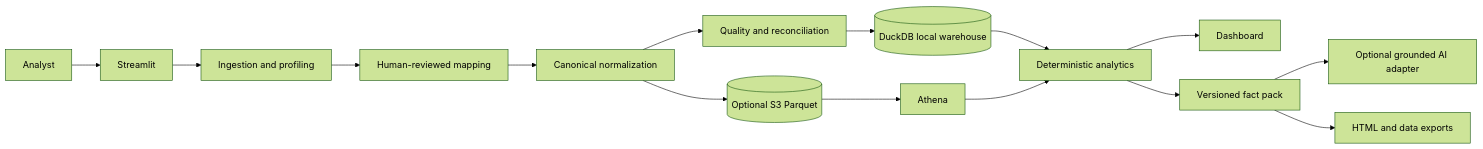
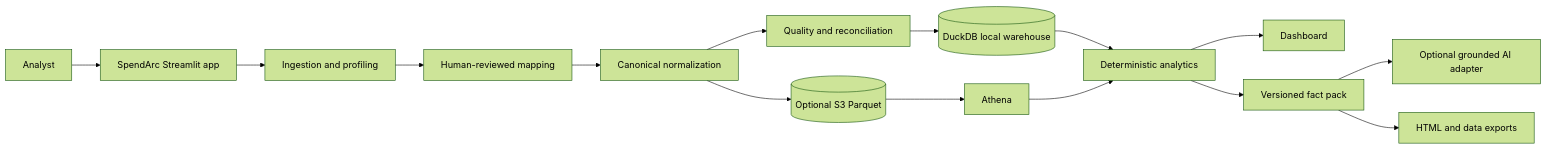
One commit to ndomathoti16-create/Metrora changed the diagram in README.md. Above: the diagram before and after it, drawn with Mermaid (forest theme). The commit also changed other lines of this file and 21 other files, not shown here.

First line of the commit message:
Rebrand platform as SpendArc and refresh the Streamlit dashboard

````diff
--- a/README.md
+++ b/README.md
@@ -34,17 +40,17 @@
 ```mermaid
 flowchart LR
-    U[Analyst] --> UI[Streamlit]
+    U[Analyst] --> UI[SpendArc Streamlit app]
     UI --> ING[Ingestion and profiling]
     ING --> MAP[Human-reviewed mapping]
     MAP --> NORM[Canonical normalization]
     NORM --> QA[Quality and reconciliation]
     QA --> DB[(DuckDB local warehouse)]
     DB --> MET[Deterministic analytics]
     MET --> VIZ[Dashboard]
     MET --> FP[Versioned fact pack]
     FP --> AI[Optional grounded AI adapter]
     FP --> EXP[HTML and data exports]
     NORM --> S3[(Optional S3 Parquet)]
     S3 --> ATH[Athena]
     ATH --> MET
 ```
````
